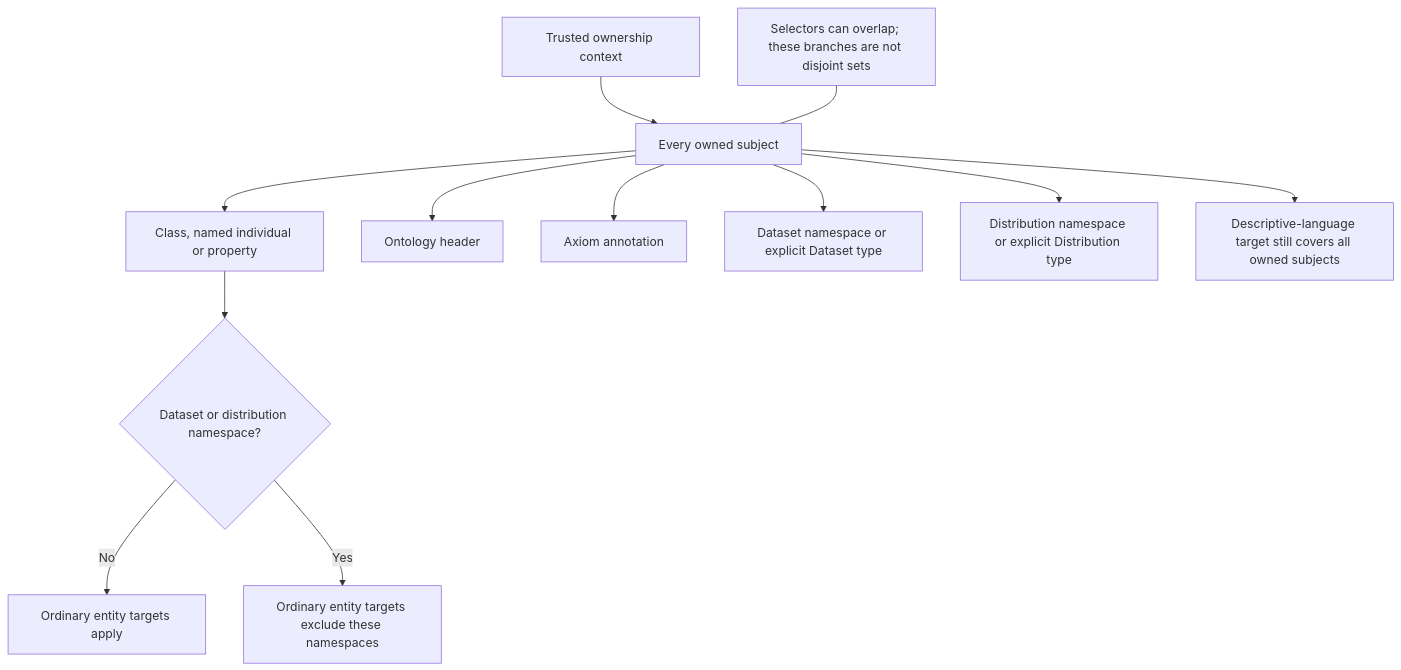
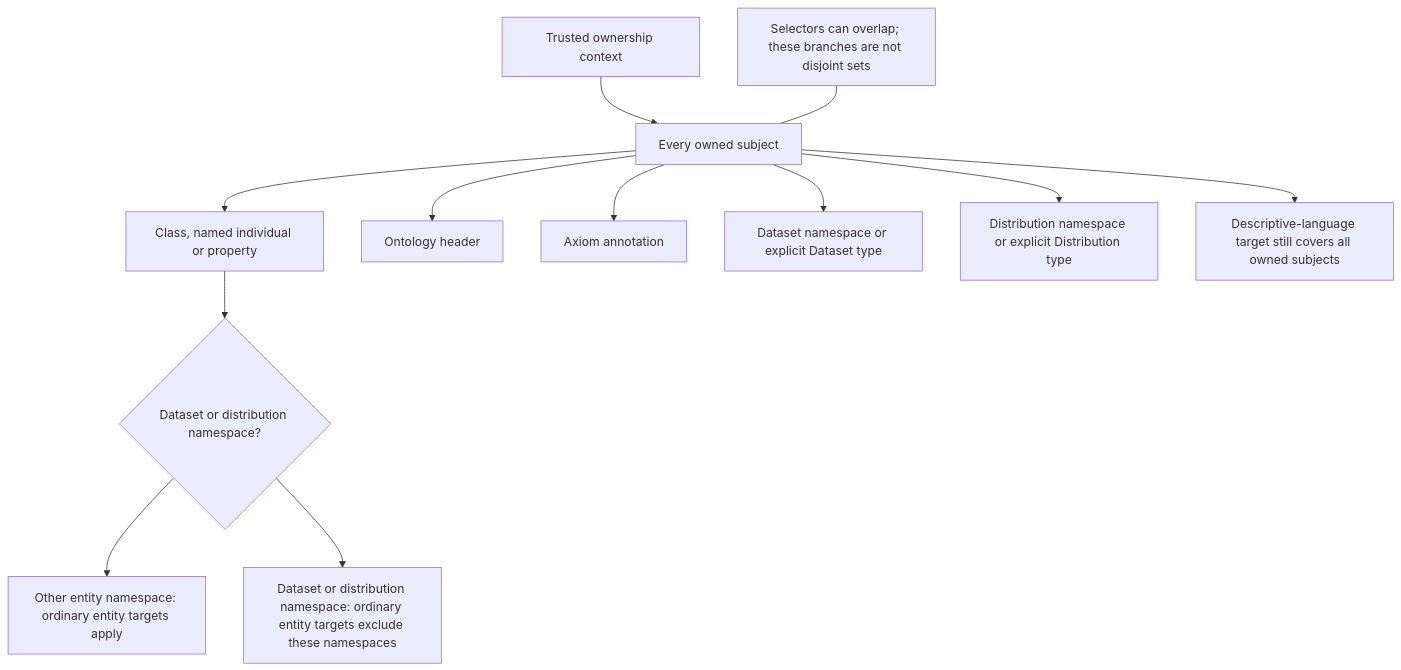
One commit to Hadden-Industries/universal-ontology changed the diagram in docs/editing-policy/diagrams/scope-validation.mmd. Above: the diagram before and after it, drawn with Mermaid. The commit also changed 22 other files, not shown here.

```diff
--- a/docs/editing-policy/diagrams/scope-validation.mmd
+++ b/docs/editing-policy/diagrams/scope-validation.mmd
@@ -1,12 +1,12 @@
 flowchart TD
     owned["Trusted ownership context"] --> subject["Every owned subject"]
     subject --> entity["Class, named individual or property"]
     subject --> ontology["Ontology header"]
     subject --> axiom["Axiom annotation"]
     subject --> dataset["Dataset namespace or explicit Dataset type"]
     subject --> distribution["Distribution namespace or explicit Distribution type"]
     entity --> excluded{"Dataset or distribution namespace?"}
-    excluded -->|No| ordinary["Ordinary entity targets apply"]
-    excluded -->|Yes| specialist["Ordinary entity targets exclude these namespaces"]
+    excluded --> ordinary["Other entity namespace: ordinary entity targets apply"]
+    excluded --> specialist["Dataset or distribution namespace: ordinary entity targets exclude these namespaces"]
     subject --> language["Descriptive-language target still covers all owned subjects"]
     overlap["Selectors can overlap; these branches are not disjoint sets"] --- subject
```
